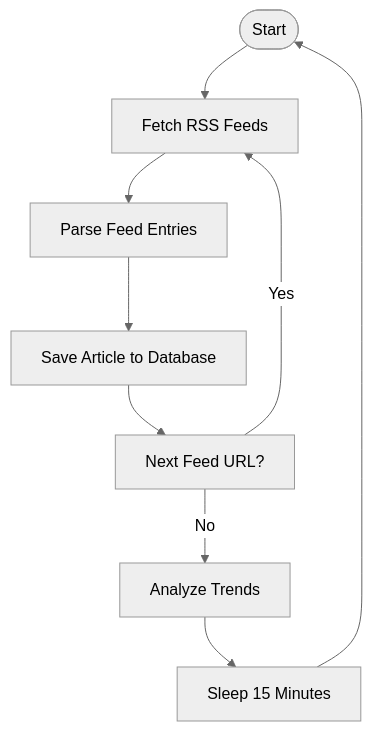
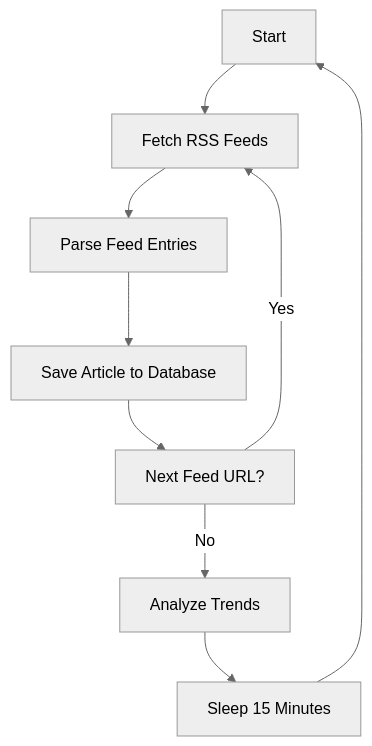
One commit to Likhithsai2580/RAVANA-WIKI changed the third of 6 diagrams in docs/Specialized Modules/Trend Analysis.md. Above: the diagram before and after it, drawn with Mermaid (neutral theme). The commit also changed 52 other files, not shown here.

First line of the commit message:
chore(docs): update documentation content, fix Mermaid diagrams, and enhance README

````diff
--- a/docs/Specialized Modules/Trend Analysis.md
+++ b/docs/Specialized Modules/Trend Analysis.md
@@ -77,11 +77,11 @@
 ```mermaid
 flowchart TD
-Start([Start]) --> FetchFeeds["Fetch RSS Feeds"]
+Start["Start"] --> FetchFeeds["Fetch RSS Feeds"]
 FetchFeeds --> ParseEntries["Parse Feed Entries"]
 ParseEntries --> SaveArticle["Save Article to Database"]
 SaveArticle --> NextFeed["Next Feed URL?"]
 NextFeed --> |Yes| FetchFeeds
 NextFeed --> |No| AnalyzeTrends["Analyze Trends"]
 AnalyzeTrends --> Sleep["Sleep 15 Minutes"]
 Sleep --> Start
 ```
````
